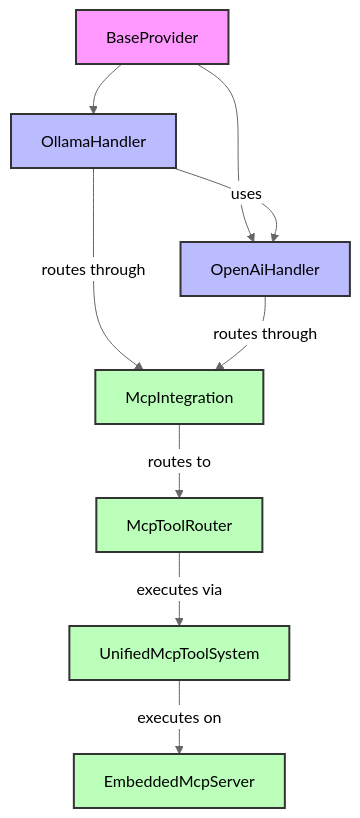
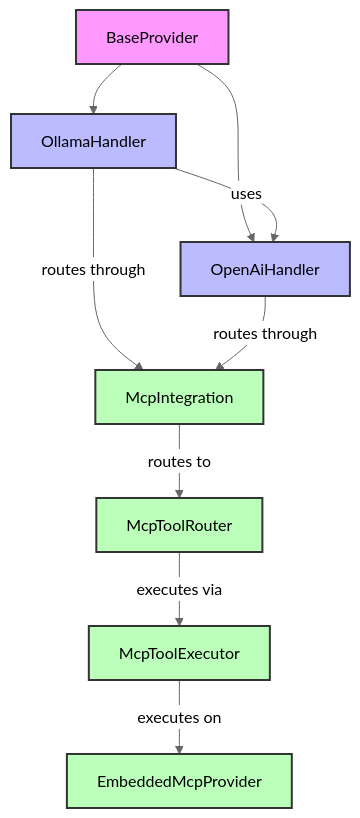
The first of 5 diagrams in cline_docs/architectural_notes/tool_use/ollama_openai_integration_plan.md (sydneyrenee/Thea-Code), drawn with Mermaid (neutral theme) before and after one commit. The commit also changed other lines of this file and 13 other files, not shown here.

````diff
--- a/cline_docs/architectural_notes/tool_use/ollama_openai_integration_plan.md
+++ b/cline_docs/architectural_notes/tool_use/ollama_openai_integration_plan.md
@@ -13,19 +13,19 @@
 ```mermaid
 graph TD
     A[BaseProvider] --> B[OllamaHandler]
     A --> C[OpenAiHandler]
     B -- "uses" --> C
     B -- "routes through" --> D[McpIntegration]
     C -- "routes through" --> D
     D -- "routes to" --> E[McpToolRouter]
-    E -- "executes via" --> F[UnifiedMcpToolSystem]
-    F -- "executes on" --> G[EmbeddedMcpServer]
+    E -- "executes via" --> F[McpToolExecutor]
+    F -- "executes on" --> G[EmbeddedMcpProvider]
     
     classDef base fill:#f9f,stroke:#333,stroke-width:2px;
     classDef handler fill:#bbf,stroke:#333,stroke-width:2px;
     classDef mcp fill:#bfb,stroke:#333,stroke-width:2px;
     
     class A base;
     class B,C handler;
     class D,E,F,G mcp;
 ```
````
